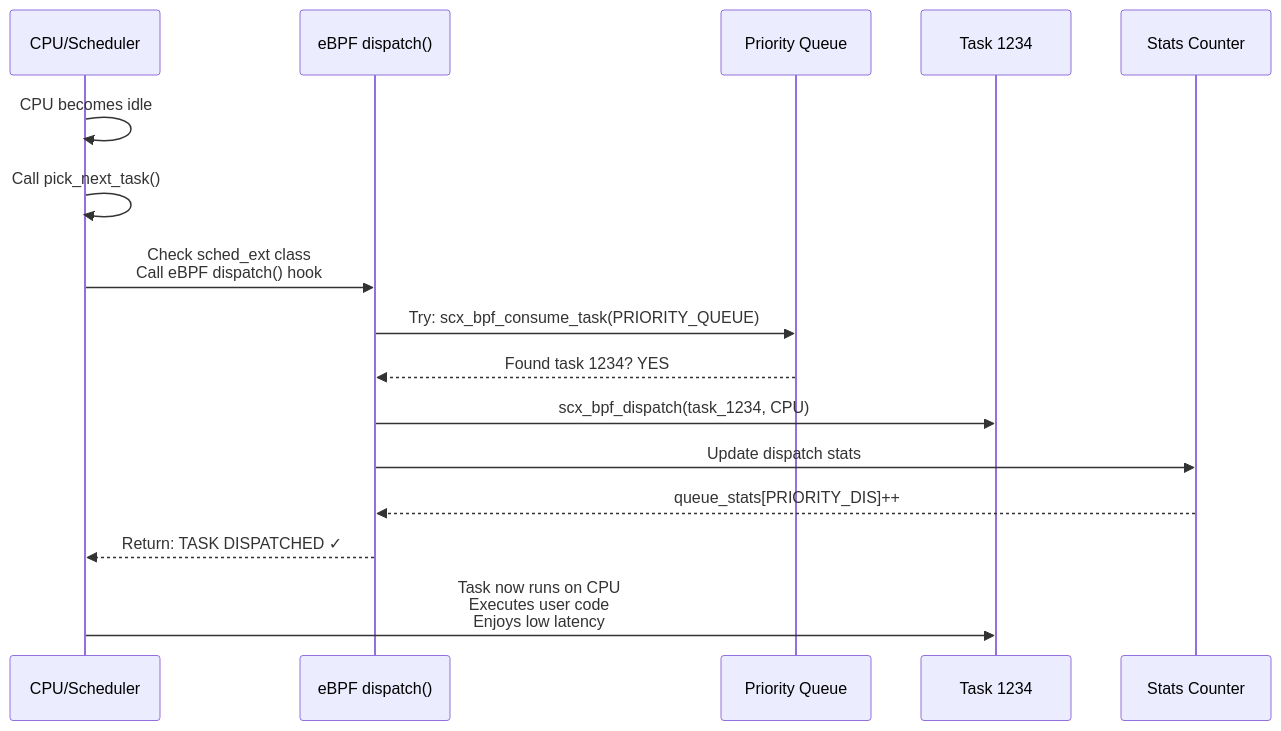
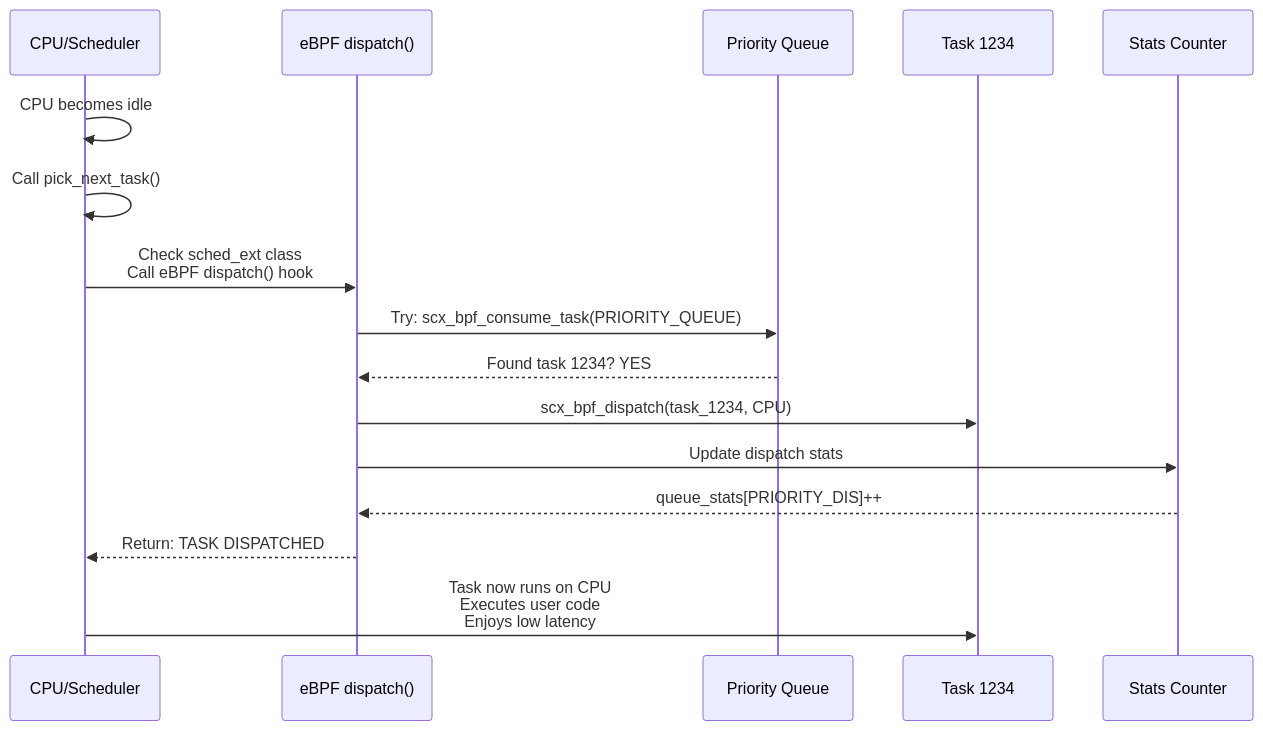
The eighth of 10 diagrams in report.md (Dheeraj-2645/Priority-Based-Dual-Queue-eBPF-Scheduler), drawn with Mermaid before and after one commit. The commit also changed other lines of this file, not shown here.

````diff
--- a/report.md
+++ b/report.md
@@ -1012,19 +567,19 @@
 ```mermaid
 sequenceDiagram
     participant CPU as CPU/Scheduler
     participant eBPF as eBPF dispatch()
     participant Queue as Priority Queue
     participant Task as Task 1234
     participant Stats as Stats Counter
     
     CPU->>CPU: CPU becomes idle
     CPU->>CPU: Call pick_next_task()
     CPU->>eBPF: Check sched_ext class<br/>Call eBPF dispatch() hook
     eBPF->>Queue: Try: scx_bpf_consume_task(PRIORITY_QUEUE)
     Queue-->>eBPF: Found task 1234? YES
     eBPF->>Task: scx_bpf_dispatch(task_1234, CPU)
     eBPF->>Stats: Update dispatch stats
     Stats-->>eBPF: queue_stats[PRIORITY_DIS]++
-    eBPF-->>CPU: Return: TASK DISPATCHED ✓
+    eBPF-->>CPU: Return: TASK DISPATCHED 
     CPU->>Task: Task now runs on CPU<br/>Executes user code<br/>Enjoys low latency
 ```
````
